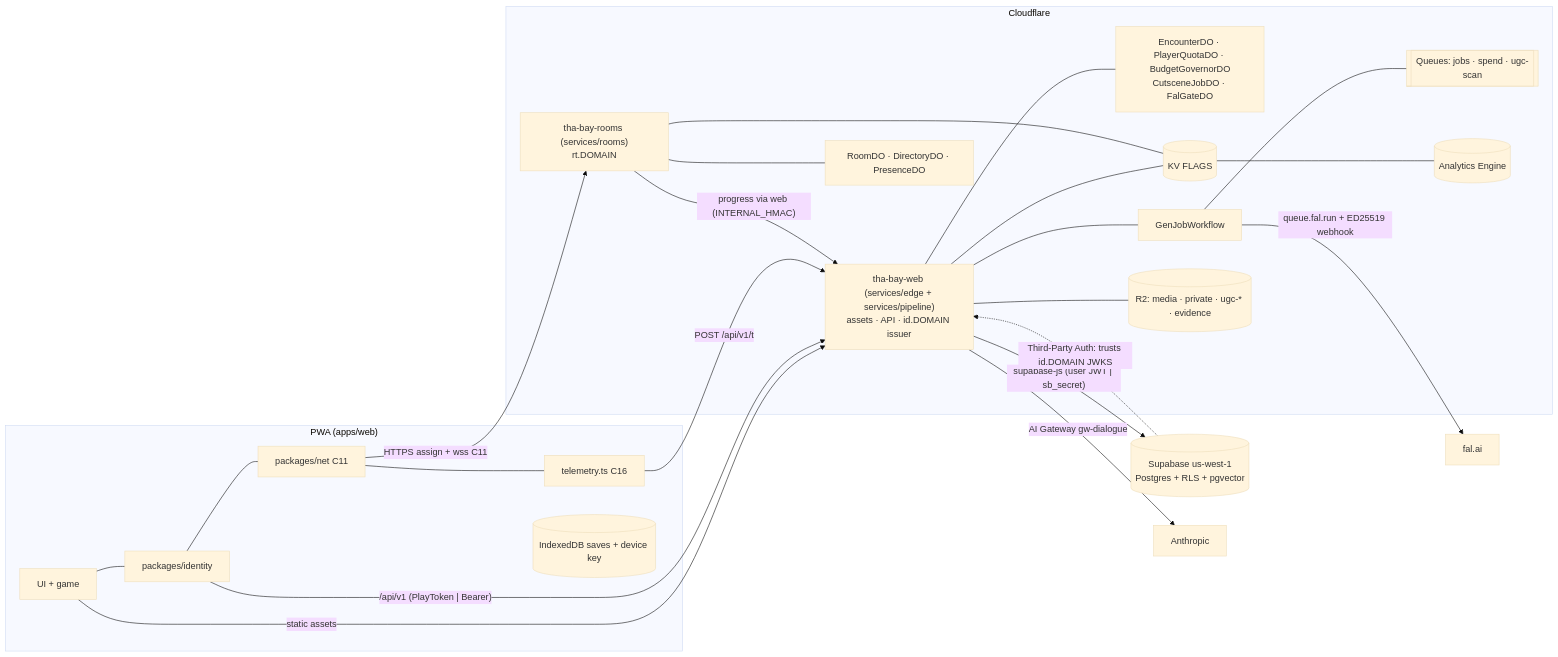
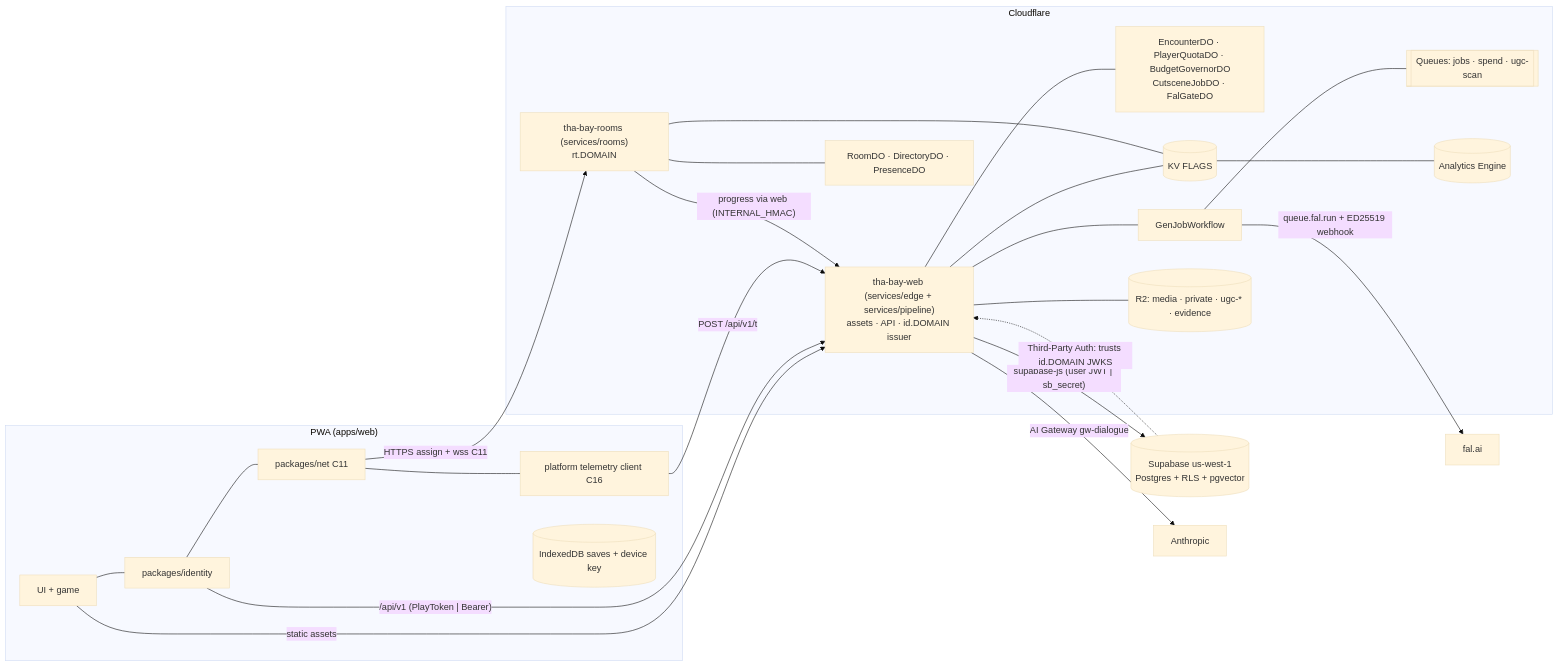
One commit to gratitude5dee/GTA-Tha-Bay changed the diagram in spec/domains/09-backend.md. Above: the diagram before and after it, drawn with Mermaid (base theme). The commit also changed other lines of this file and 19 other files, not shown here.

````diff
--- a/spec/domains/09-backend.md
+++ b/spec/domains/09-backend.md
@@ -69,26 +69,26 @@
 ```mermaid
 flowchart LR
   subgraph Browser["PWA (apps/web)"]
-    UI[UI + game] --- ID[packages/identity] --- NET[packages/net C11] --- TEL[telemetry.ts C16]
+    UI[UI + game] --- ID[packages/identity] --- NET[packages/net C11] --- TEL[platform telemetry client C16]
     IDB[(IndexedDB saves + device key)]
   end
   UI -- static assets --> WEB
   ID -- "/api/v1 (PlayToken | Bearer)" --> WEB
   TEL -- "POST /api/v1/t" --> WEB
   NET -- "HTTPS assign + wss C11" --> ROOMS
   subgraph CF["Cloudflare"]
     WEB["tha-bay-web (services/edge + services/pipeline)<br/>assets · API · id.DOMAIN issuer"]
     WEB --- EDO["EncounterDO · PlayerQuotaDO · BudgetGovernorDO<br/>CutsceneJobDO · FalGateDO"]
     WEB --- WF[GenJobWorkflow] --- Q[[Queues: jobs · spend · ugc-scan]]
     WEB --- KV[(KV FLAGS)] --- AE[(Analytics Engine)]
     ROOMS["tha-bay-rooms (services/rooms)<br/>rt.DOMAIN"] --- RDO["RoomDO · DirectoryDO · PresenceDO"]
     ROOMS --- KV
     R2[(R2: media · private · ugc-* · evidence)]
     WEB --- R2
   end
   WEB -- "supabase-js (user JWT | sb_secret)" --> SB[(Supabase us-west-1<br/>Postgres + RLS + pgvector)]
   ROOMS -- "progress via web (INTERNAL_HMAC)" --> WEB
   WEB -- "AI Gateway gw-dialogue" --> ANT[Anthropic]
   WF -- "queue.fal.run + ED25519 webhook" --> FAL[fal.ai]
   SB -. "Third-Party Auth: trusts id.DOMAIN JWKS" .-> WEB
 ```
````
